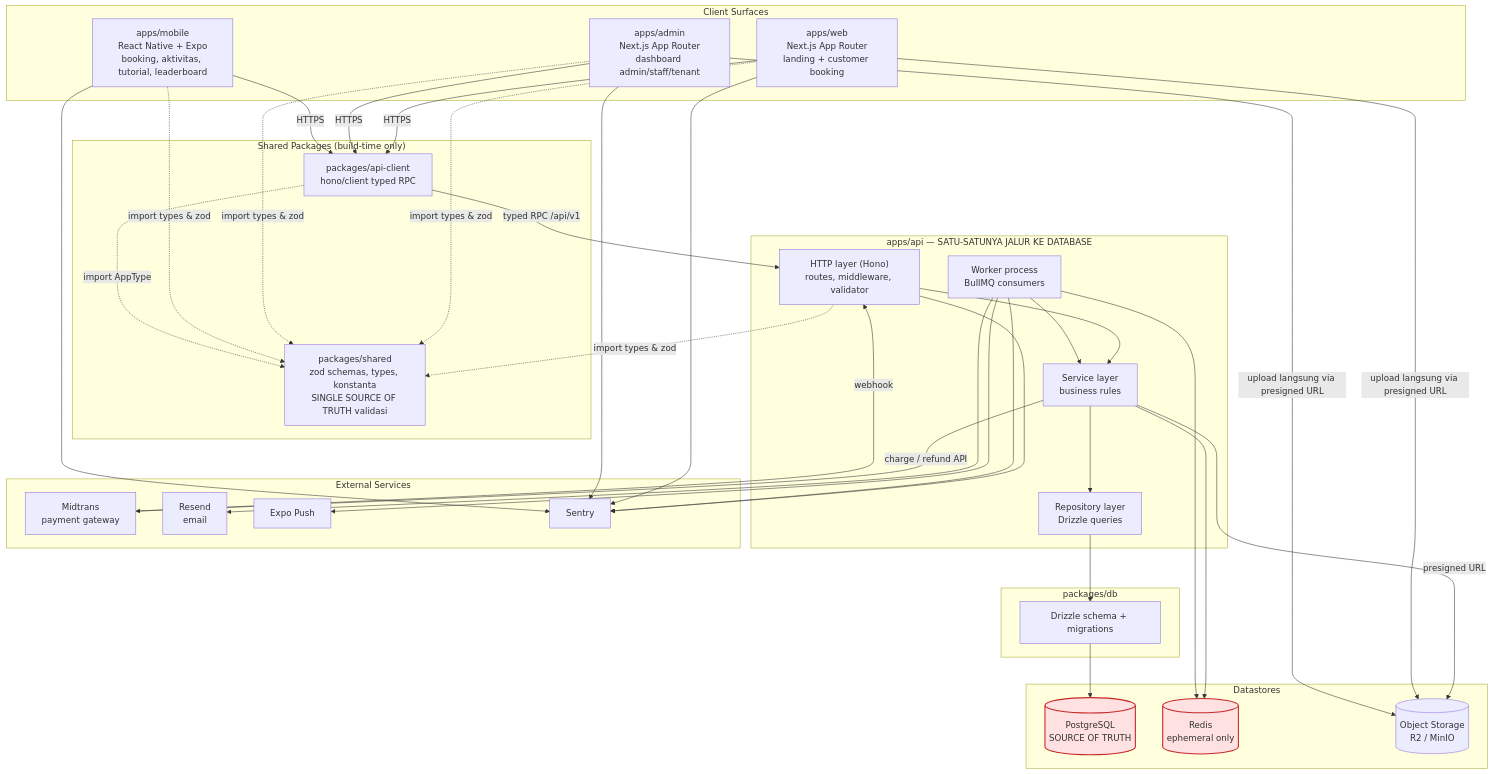
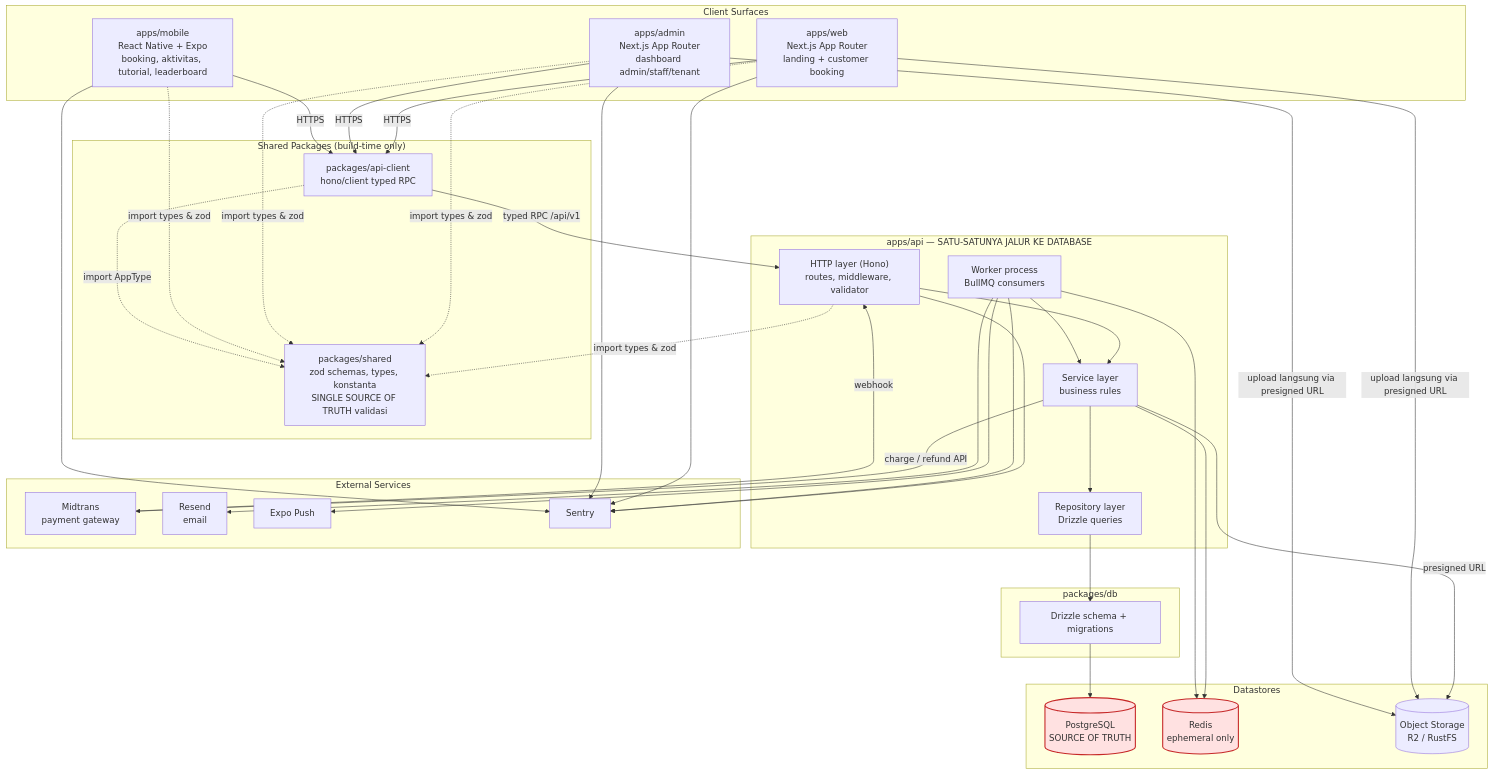
The first of 4 diagrams in docs/01-ARCHITECTURE.md (gagangborneo/hola-platform), drawn with Mermaid before and after one commit. The commit also changed 29 other files, not shown here.

````diff
--- a/docs/01-ARCHITECTURE.md
+++ b/docs/01-ARCHITECTURE.md
@@ -14,74 +14,74 @@
 ```mermaid
 graph TB
     subgraph clients["Client Surfaces"]
         WEB["apps/web<br/>Next.js App Router<br/>landing + customer booking"]
         ADM["apps/admin<br/>Next.js App Router<br/>dashboard admin/staff/tenant"]
         MOB["apps/mobile<br/>React Native + Expo<br/>booking, aktivitas, tutorial, leaderboard"]
     end
 
     subgraph shared_pkgs["Shared Packages (build-time only)"]
         SHARED["packages/shared<br/>zod schemas, types, konstanta<br/>SINGLE SOURCE OF TRUTH validasi"]
         CLIENT["packages/api-client<br/>hono/client typed RPC"]
     end
 
     subgraph api_layer["apps/api — SATU-SATUNYA JALUR KE DATABASE"]
         HTTP["HTTP layer (Hono)<br/>routes, middleware, validator"]
         SVC["Service layer<br/>business rules"]
         REPO["Repository layer<br/>Drizzle queries"]
         WORKER["Worker process<br/>BullMQ consumers"]
     end
 
     subgraph pkg_db["packages/db"]
         SCHEMA["Drizzle schema + migrations"]
     end
 
     subgraph datastores["Datastores"]
         PG[("PostgreSQL<br/>SOURCE OF TRUTH")]
         RD[("Redis<br/>ephemeral only")]
-        S3[("Object Storage<br/>R2 / MinIO")]
+        S3[("Object Storage<br/>R2 / RustFS")]
     end
 
     subgraph external["External Services"]
         MT["Midtrans<br/>payment gateway"]
         RS["Resend<br/>email"]
         EXPO["Expo Push"]
         SENTRY["Sentry"]
     end
 
     WEB -->|HTTPS| CLIENT
     ADM -->|HTTPS| CLIENT
     MOB -->|HTTPS| CLIENT
     CLIENT -->|"typed RPC /api/v1"| HTTP
 
     WEB -.->|import types & zod| SHARED
     ADM -.->|import types & zod| SHARED
     MOB -.->|import types & zod| SHARED
     HTTP -.->|import types & zod| SHARED
     CLIENT -.->|import AppType| SHARED
 
     HTTP --> SVC
     SVC --> REPO
     WORKER --> SVC
     REPO --> SCHEMA
     SCHEMA --> PG
 
     SVC --> RD
     WORKER --> RD
     SVC -->|presigned URL| S3
     WEB -->|"upload langsung via presigned URL"| S3
     ADM -->|"upload langsung via presigned URL"| S3
 
     MT -->|webhook| HTTP
     SVC -->|charge / refund API| MT
     WORKER --> RS
     WORKER --> EXPO
 
     HTTP --> SENTRY
     WORKER --> SENTRY
     WEB --> SENTRY
     ADM --> SENTRY
     MOB --> SENTRY
 
     classDef forbidden fill:#ffe1e1,stroke:#c62828,stroke-width:2px
     class PG,RD forbidden
 ```
````
